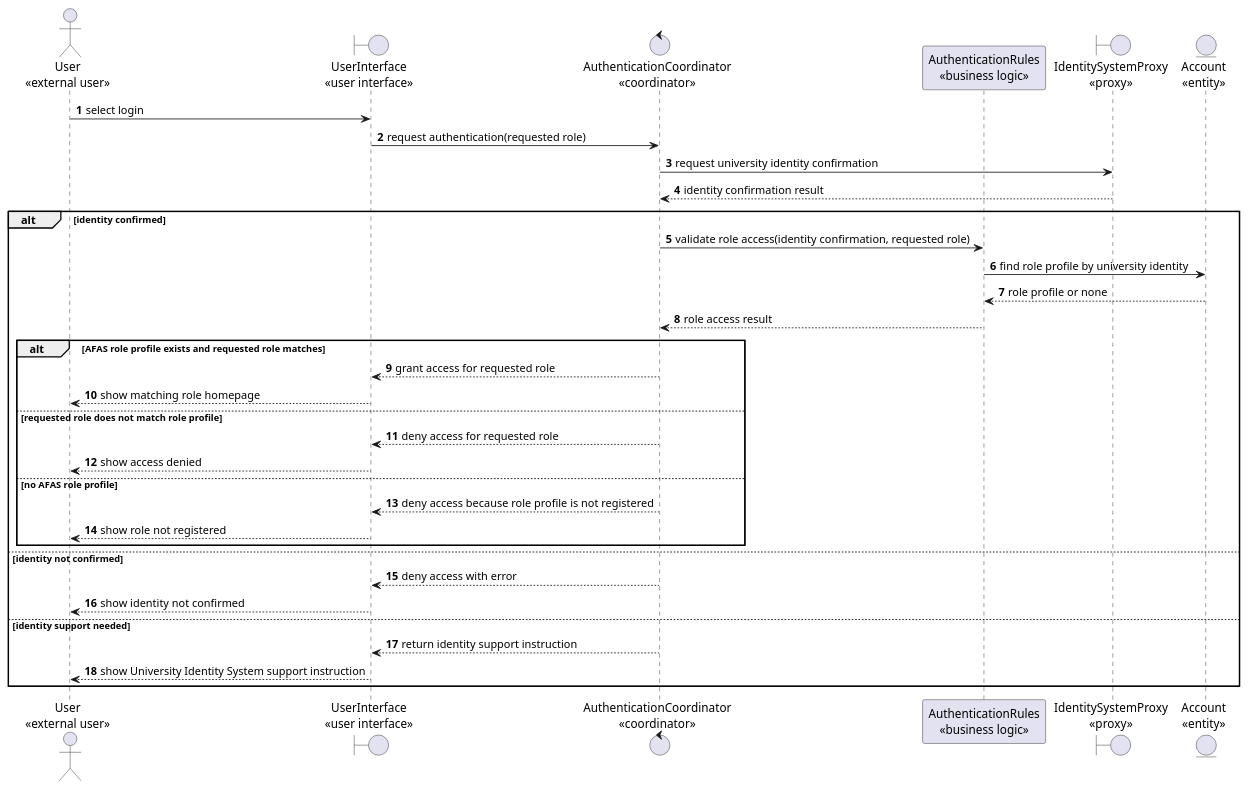
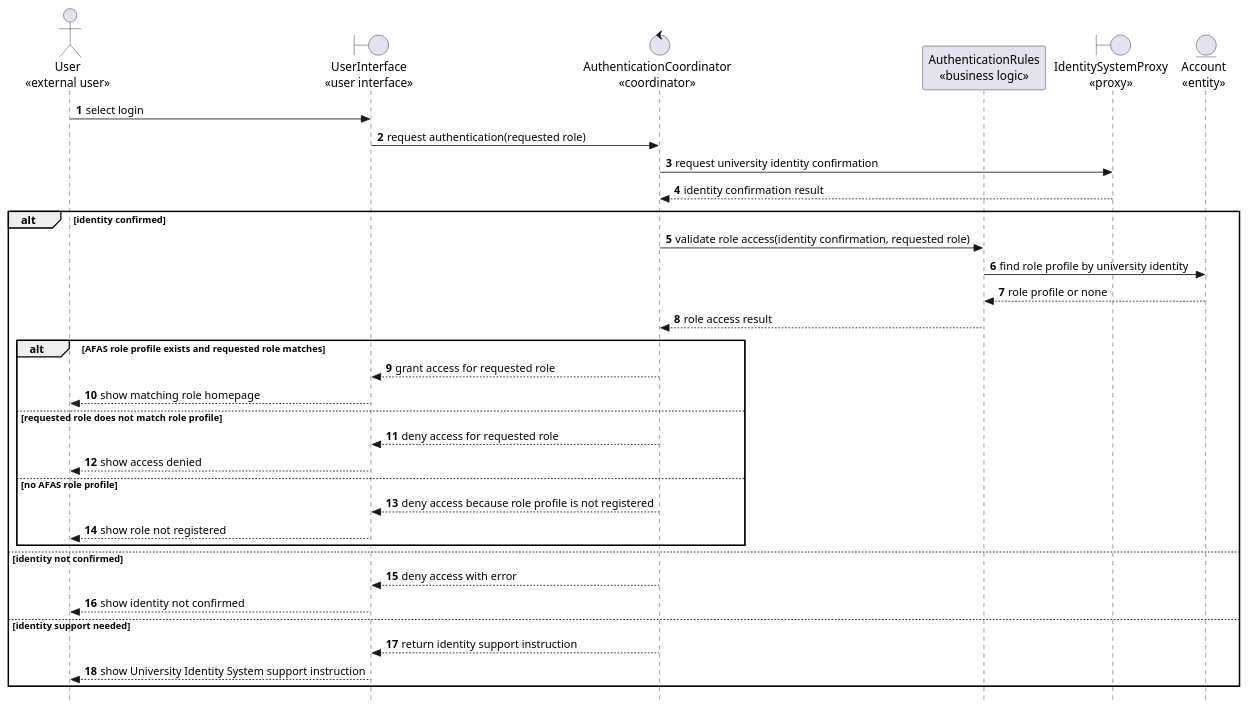
Before and after one commit to nttung42/SWD392: the seventh of 34 diagrams in docs/rds/2_Analysis.md, drawn with PlantUML.

Commit message:
fix uc1 sequence diagram

````diff
--- a/docs/rds/2_Analysis.md
+++ b/docs/rds/2_Analysis.md
@@ -401,40 +401,41 @@
 ```plantuml
 @startuml
+skinparam style strictuml
 autonumber
 actor "User\n«external user»" as User
 boundary "UserInterface\n«user interface»" as AccessUI
 control "AuthenticationCoordinator\n«coordinator»" as AuthControl
 participant "AuthenticationRules\n«business logic»" as AuthRules
 boundary "IdentitySystemProxy\n«proxy»" as UISInterface
 entity "Account\n«entity»" as Account
 
 User -> AccessUI : select login
 AccessUI -> AuthControl : request authentication(requested role)
 
 AuthControl -> UISInterface : request university identity confirmation
 UISInterface --> AuthControl : identity confirmation result
 
 alt identity confirmed
   AuthControl -> AuthRules : validate role access(identity confirmation, requested role)
   AuthRules -> Account : find role profile by university identity
   Account --> AuthRules : role profile or none
   AuthRules --> AuthControl : role access result
   alt AFAS role profile exists and requested role matches
     AuthControl --> AccessUI : grant access for requested role
     AccessUI --> User : show matching role homepage
   else requested role does not match role profile
     AuthControl --> AccessUI : deny access for requested role
     AccessUI --> User : show access denied
   else no AFAS role profile
     AuthControl --> AccessUI : deny access because role profile is not registered
     AccessUI --> User : show role not registered
   end
 else identity not confirmed
   AuthControl --> AccessUI : deny access with error
   AccessUI --> User : show identity not confirmed
 else identity support needed
   AuthControl --> AccessUI : return identity support instruction
   AccessUI --> User : show University Identity System support instruction
 end
 @enduml
 ```
````
